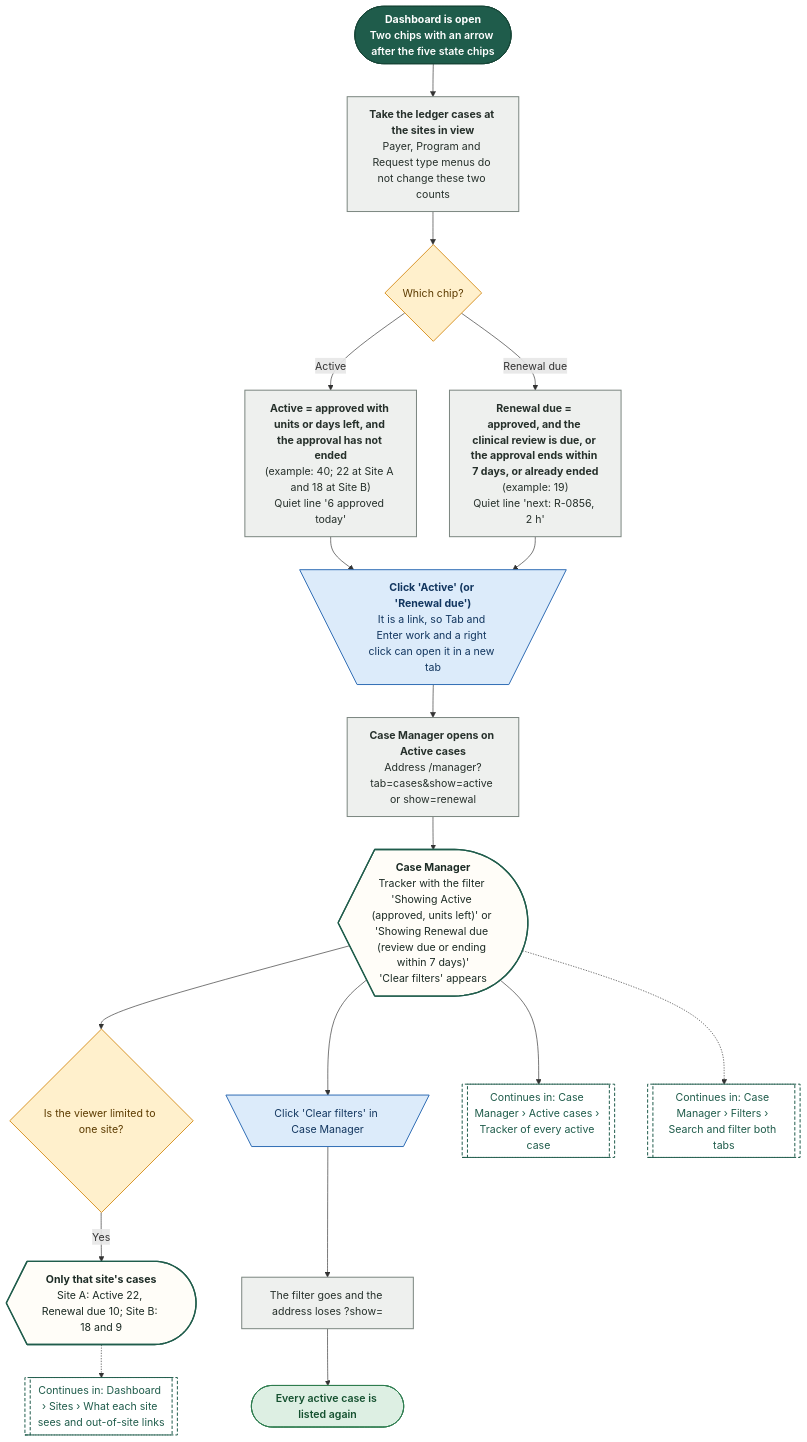
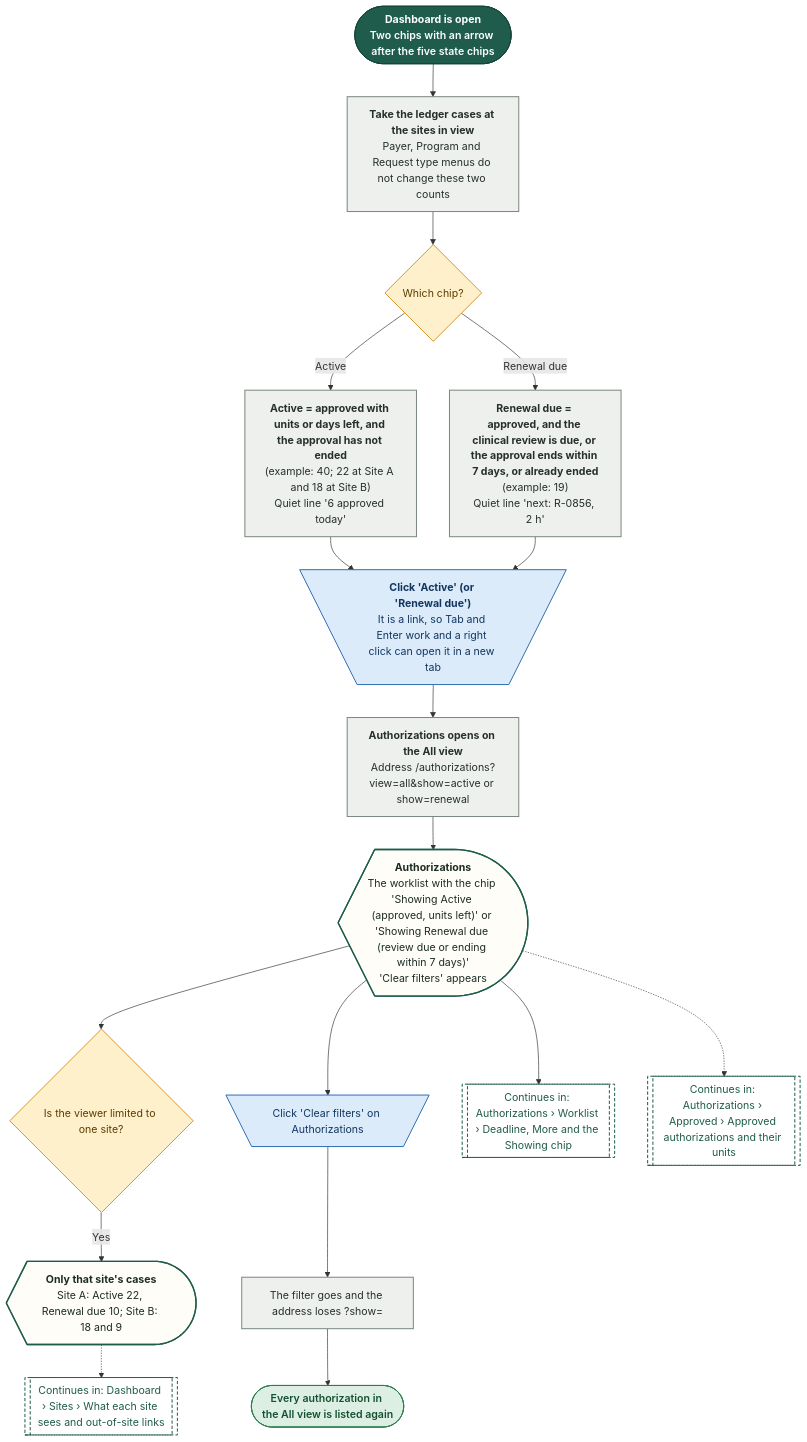
Before and after one commit to Shrav143/psyfloapp: the ninth of 21 diagrams in demos/prior-auth-demo/workflows/out/md/02-dashboard.md, drawn with Mermaid. The commit also changed other lines of this file and 113 other files, not shown here.

First line of the commit message:
docs: workflow diagrams for the merged Authorizations (worklist, approved, reviews and tracked cases, sidebar arrow), every link retargeted, 336 diagrams

````diff
--- a/demos/prior-auth-demo/workflows/out/md/02-dashboard.md
+++ b/demos/prior-auth-demo/workflows/out/md/02-dashboard.md
@@ -611,53 +611,53 @@
 ```mermaid
 %%{init: {"theme":"base","themeVariables":{"fontFamily":"'DM Sans', 'Segoe UI', system-ui, sans-serif","fontSize":"15px","lineColor":"#5B6B63","primaryTextColor":"#1C2B25","clusterBkg":"#FBF8F3","clusterBorder":"#D9CDBB","edgeLabelBackground":"#FFFFFF"},"flowchart":{"curve":"basis","nodeSpacing":36,"rankSpacing":48,"padding":12,"htmlLabels":true,"useMaxWidth":false,"wrappingWidth":230}} }%%
 flowchart TD
   classDef k_start fill:#1F5C4B,stroke:#174638,color:#FFFFFF,stroke-width:1.5px,font-weight:600
   classDef k_end fill:#DDEFE3,stroke:#2E7D4F,color:#14502F,stroke-width:1.5px,font-weight:600
   classDef k_endx fill:#FBE3E0,stroke:#C0392B,color:#7A1F16,stroke-width:1.5px,font-weight:600
   classDef k_screen fill:#FFFDF8,stroke:#1F5C4B,color:#1C2B25,stroke-width:2px
   classDef k_overlay fill:#F1F7F3,stroke:#1F5C4B,color:#1C2B25,stroke-width:2px,stroke-dasharray:5 3
   classDef k_click fill:#DCEBFA,stroke:#2F6DB5,color:#12365F,stroke-width:1.5px
   classDef k_input fill:#E4E7FF,stroke:#4C5FD5,color:#1D2670,stroke-width:1.5px
   classDef k_process fill:#EEF0EE,stroke:#7A857F,color:#26302B,stroke-width:1.5px
   classDef k_agent fill:#EEE5FA,stroke:#7A4FC2,color:#341A63,stroke-width:1.5px
   classDef k_decision fill:#FFF0CC,stroke:#D9962B,color:#5C3B00,stroke-width:1.5px
   classDef k_store fill:#D5F0EA,stroke:#1C8E7B,color:#0B4A3F,stroke-width:1.5px
   classDef k_doc fill:#F6E9DC,stroke:#B07A4C,color:#4A2E14,stroke-width:1.5px
   classDef k_ext fill:#FFE6D2,stroke:#E07B39,color:#6B2F06,stroke-width:1.5px
   classDef k_wait fill:#E4E8EE,stroke:#6B7C93,color:#26303D,stroke-width:1.5px
   classDef k_toast fill:#FFF9DB,stroke:#C9A400,color:#5A4A00,stroke-width:1.5px
   classDef k_goto fill:#FFFFFF,stroke:#1F5C4B,color:#1F5C4B,stroke-width:1.5px,stroke-dasharray:5 3
   s1@{ shape: stadium, label: "<b>Dashboard is open</b><br/>Two chips with an arrow after the five state chips" }
   p1@{ shape: rect, label: "<b>Take the ledger cases at the sites in view</b><br/>Payer, Program and Request type menus do not change these two counts" }
   d1@{ shape: diam, label: "Which chip?" }
   a1@{ shape: rect, label: "<b>Active = approved with units or days left, and the approval has not ended</b><br/>(example: 40; 22 at Site A and 18 at Site B)<br/>Quiet line '6 approved today'" }
   a2@{ shape: rect, label: "<b>Renewal due = approved, and the clinical review is due, or the approval ends within 7 days, or already ended</b><br/>(example: 19)<br/>Quiet line 'next: R-0856, 2 h'" }
   c1@{ shape: trap-t, label: "<b>Click 'Active' (or 'Renewal due')</b><br/>It is a link, so Tab and Enter work and a right click can open it in a new tab" }
-  p2@{ shape: rect, label: "<b>Case Manager opens on Active cases</b><br/>Address /manager?tab=cases&show=active or show=renewal" }
-  sc@{ shape: curv-trap, label: "<b>Case Manager</b><br/>Tracker with the filter 'Showing Active (approved, units left)' or 'Showing Renewal due (review due or ending within 7 days)'<br/>'Clear filters' appears" }
+  p2@{ shape: rect, label: "<b>Authorizations opens on the All view</b><br/>Address /authorizations?view=all&show=active or show=renewal" }
+  sc@{ shape: curv-trap, label: "<b>Authorizations</b><br/>The worklist with the chip 'Showing Active (approved, units left)' or 'Showing Renewal due (review due or ending within 7 days)'<br/>'Clear filters' appears" }
   d2@{ shape: diam, label: "Is the viewer limited to one site?" }
   s1b@{ shape: curv-trap, label: "<b>Only that site's cases</b><br/>Site A: Active 22, Renewal due 10; Site B: 18 and 9" }
-  c2@{ shape: trap-t, label: "Click 'Clear filters' in Case Manager" }
+  c2@{ shape: trap-t, label: "Click 'Clear filters' on Authorizations" }
   p3@{ shape: rect, label: "The filter goes and the address loses ?show=" }
-  e1@{ shape: stadium, label: "Every active case is listed again" }
-  g1@{ shape: subproc, label: "Continues in: Case Manager › Active cases › Tracker of every active case" }
-  g2@{ shape: subproc, label: "Continues in: Case Manager › Filters › Search and filter both tabs" }
+  e1@{ shape: stadium, label: "Every authorization in the All view is listed again" }
+  g1@{ shape: subproc, label: "Continues in: Authorizations › Worklist › Deadline, More and the Showing chip" }
+  g2@{ shape: subproc, label: "Continues in: Authorizations › Approved › Approved authorizations and their units" }
   g3@{ shape: subproc, label: "Continues in: Dashboard › Sites › What each site sees and out-of-site links" }
   s1 --> p1 --> d1
   d1 -->|"Active"| a1 --> c1
   d1 -->|"Renewal due"| a2 --> c1
   c1 --> p2 --> sc
   sc --> d2
   d2 -->|"Yes"| s1b
   sc --> c2 --> p3 --> e1
   sc --> g1
   sc -.-> g2
   s1b -.-> g3
   class s1 k_start
   class p1,a1,a2,p2,p3 k_process
   class d1,d2 k_decision
   class c1,c2 k_click
   class sc,s1b k_screen
   class e1 k_end
   class g1,g2,g3 k_goto
 ```
````
